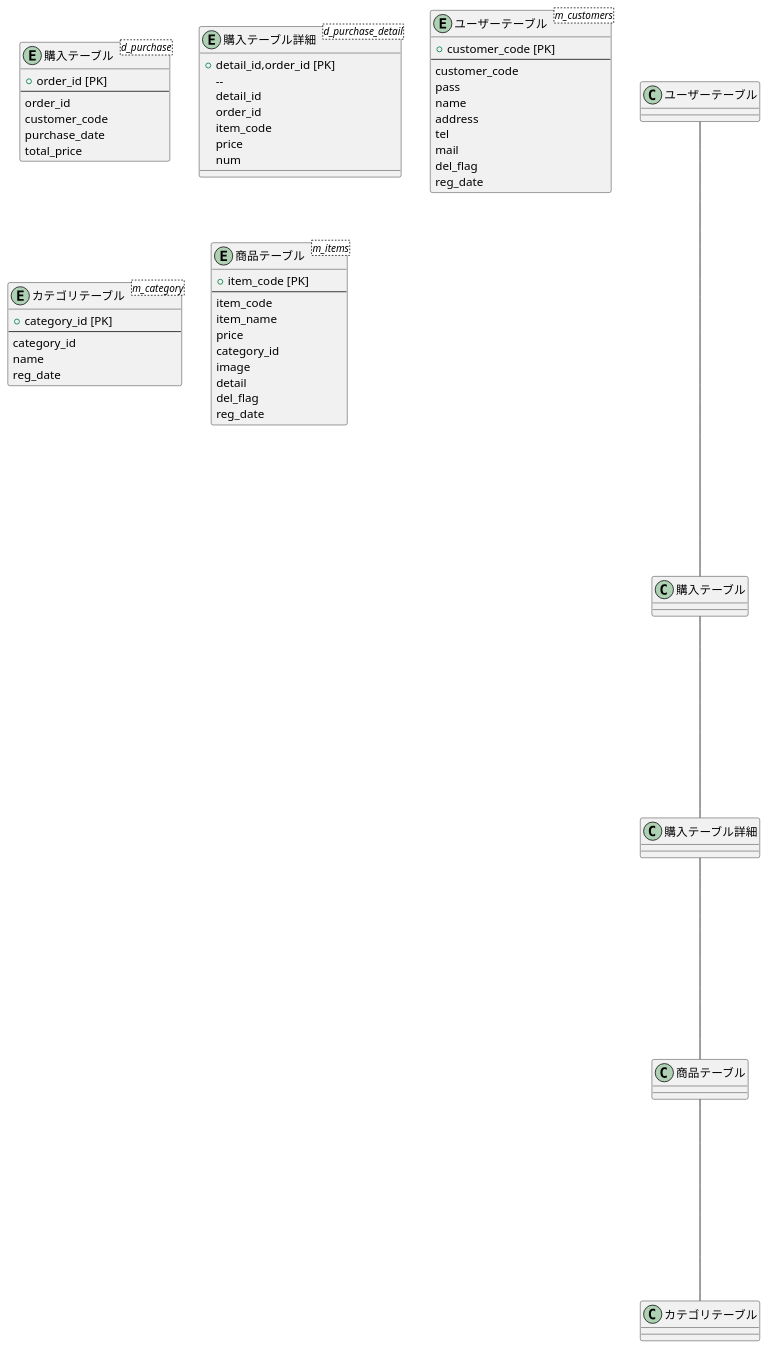
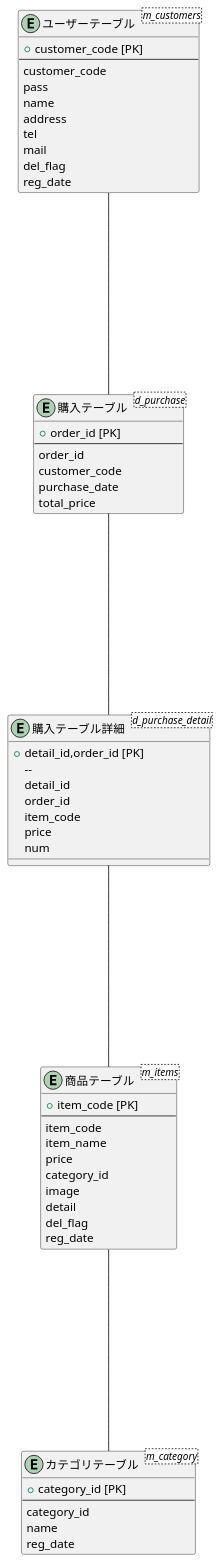
The diagram in SaER.md (Aso2001137/2021sys-design), drawn with PlantUML before and after one commit.

````diff
--- a/SaER.md
+++ b/SaER.md
@@ -1,61 +1,61 @@
 ```uml
 @startuml
 entity "購入テーブル" as purchase <d_purchase> {
   + order_id [PK]
   --
   order_id
   customer_code
   purchase_date
   total_price
 }
 
 entity "購入テーブル詳細" as  purchase_detail <d_purchase_detail> {
 + detail_id,order_id [PK]
   --
   detail_id
   order_id
   item_code
   price
   num
 }
 
 entity "ユーザーテーブル" as  customer <m_customers>{
   + customer_code [PK]
   --
   customer_code
   pass
   name
   address
   tel
   mail
   del_flag
   reg_date
 }
 
 entity "カテゴリテーブル" as  category <m_category>{
   + category_id [PK]
   --
   category_id 
   name
   reg_date
 }
 
 entity "商品テーブル" as  items <m_items>{
   + item_code [PK]
   --
   item_code
   item_name
   price
   category_id
   image
   detail
   del_flag
   reg_date
 }
 
-ユーザーテーブル ----- 購入テーブル
-購入テーブル ----- 購入テーブル詳細
-購入テーブル詳細 ----- 商品テーブル
-商品テーブル ----- カテゴリテーブル
+customer ----- purchase
+purchase ----- purchase_detail
+purchase_detail ----- items
+items ----- category
 @enduml
 ```
````
